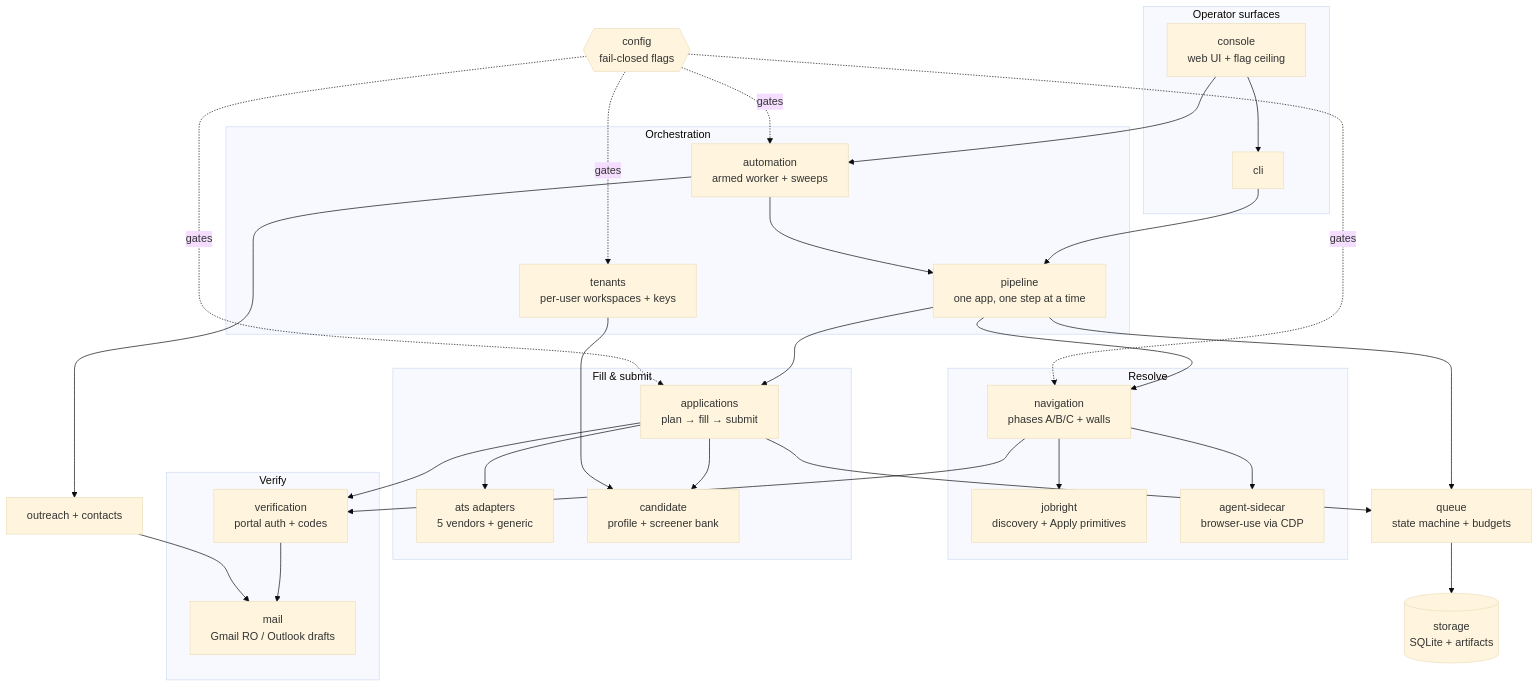
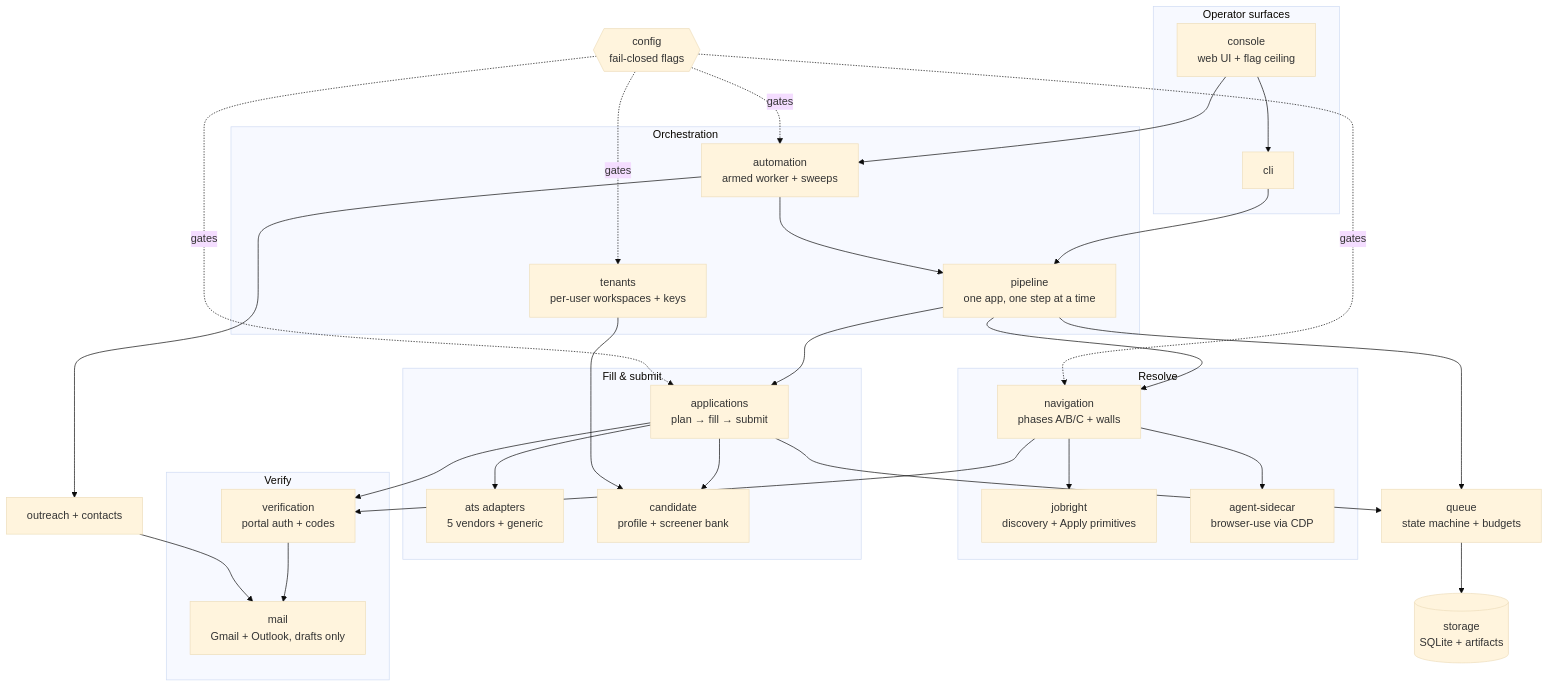
One commit to skale-07/dispatch changed the diagram in docs/knowledge-graph/README.md. Above: the diagram before and after it, drawn with Mermaid (base theme). The commit also changed 32 other files, not shown here.

First line of the commit message:
feat(gmail): per-user OAuth exchange, drafts-only API transport, send bans, candidateIdentity, outreach_drafts push (plan M19)

````diff
--- a/docs/knowledge-graph/README.md
+++ b/docs/knowledge-graph/README.md
@@ -32,54 +32,54 @@
 ```mermaid
 flowchart TB
   subgraph surfaces [Operator surfaces]
     console[console<br/>web UI + flag ceiling]
     cli[cli]
   end
   subgraph orch [Orchestration]
     automation[automation<br/>armed worker + sweeps]
     pipeline[pipeline<br/>one app, one step at a time]
     tenants[tenants<br/>per-user workspaces + keys]
   end
   subgraph resolve [Resolve]
     jobright[jobright<br/>discovery + Apply primitives]
     navigation[navigation<br/>phases A/B/C + walls]
     agent[agent-sidecar<br/>browser-use via CDP]
   end
   subgraph fill [Fill & submit]
     applications[applications<br/>plan → fill → submit]
     ats[ats adapters<br/>5 vendors + generic]
     candidate[candidate<br/>profile + screener bank]
   end
   subgraph verify [Verify]
     verification[verification<br/>portal auth + codes]
-    mail[mail<br/>Gmail RO / Outlook drafts]
+    mail[mail<br/>Gmail + Outlook, drafts only]
   end
   outreach[outreach + contacts]
   queue[queue<br/>state machine + budgets]
   storage[(storage<br/>SQLite + artifacts)]
   config{{config<br/>fail-closed flags}}
 
   console --> automation
   console --> cli
   cli --> pipeline
   automation --> pipeline
   automation --> outreach
   pipeline --> navigation
   pipeline --> applications
   pipeline --> queue
   navigation --> jobright
   navigation --> agent
   navigation --> verification
   applications --> ats
   applications --> candidate
   applications --> verification
   applications --> queue
   verification --> mail
   outreach --> mail
   queue --> storage
   config -.gates.-> applications
   config -.gates.-> navigation
   config -.gates.-> automation
   tenants --> candidate
   config -.gates.-> tenants
 ```
````
